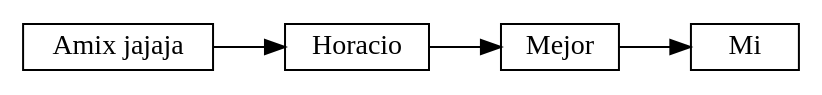
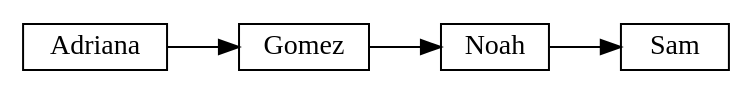
Before and after one commit to AdriGomez95/EDD_1S2020_PY1_201504236-master: the diagram in InOrden.dot, drawn with Graphviz. The commit also changed 35 other files, not shown here.

```diff
--- a/InOrden.dot
+++ b/InOrden.dot
@@ -1,4 +1,4 @@
 digraph G{
 rankdir=LR;
 node [shape = record,height=.1];
-"Amix jajaja"->"Horacio"->"Mejor"->"Mi";}
+"Adriana"->"Gomez"->"Noah"->"Sam";}
```
